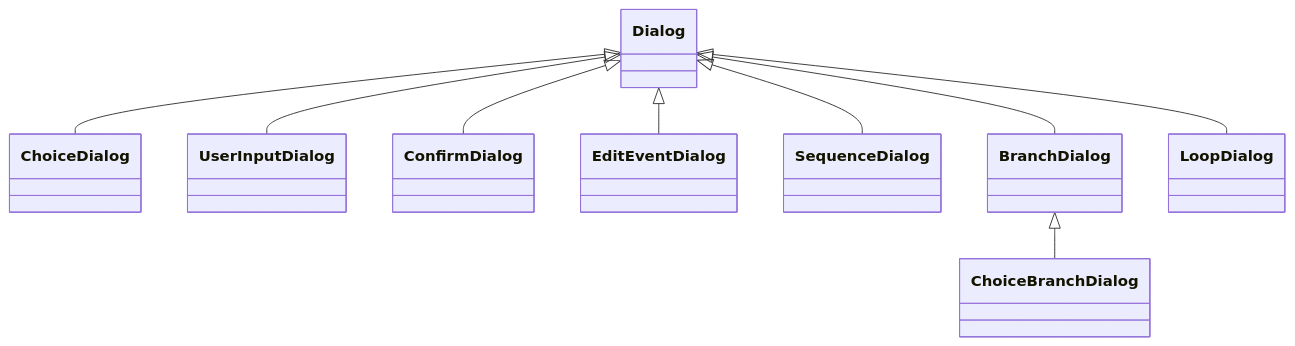
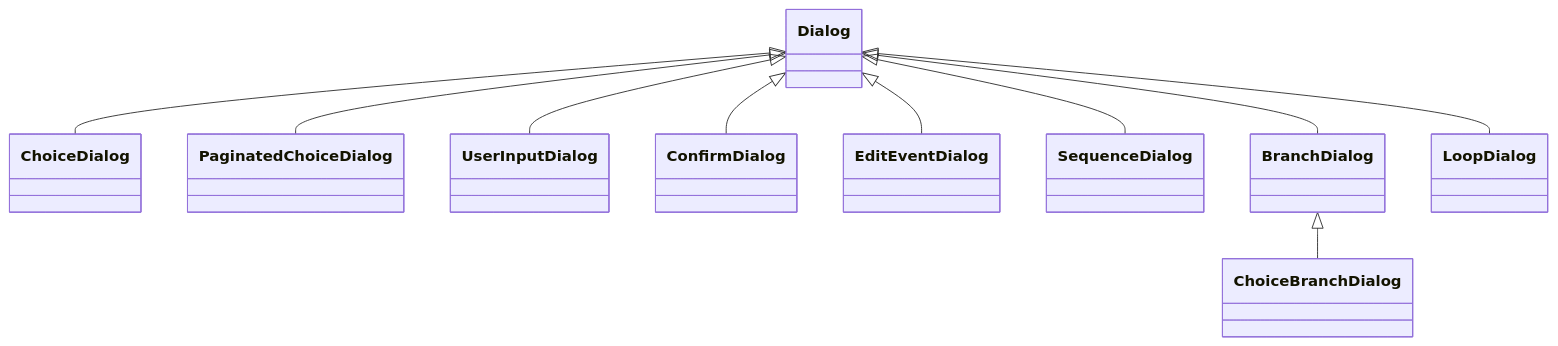
Before and after one commit to ItamarShmelo/my_bot_framework: the second of 3 diagrams in IMPLEMENTATION.md, drawn with Mermaid. The commit also changed other lines of this file and 11 other files, not shown here.

First line of the commit message:
Add PaginatedChoiceDialog for long lists

````diff
--- a/IMPLEMENTATION.md
+++ b/IMPLEMENTATION.md
@@ -268,11 +269,12 @@
 ```mermaid
 classDiagram
     Dialog <|-- ChoiceDialog
+    Dialog <|-- PaginatedChoiceDialog
     Dialog <|-- UserInputDialog
     Dialog <|-- ConfirmDialog
     Dialog <|-- EditEventDialog
     Dialog <|-- SequenceDialog
     Dialog <|-- BranchDialog
     Dialog <|-- LoopDialog
     BranchDialog <|-- ChoiceBranchDialog
 ```
````
